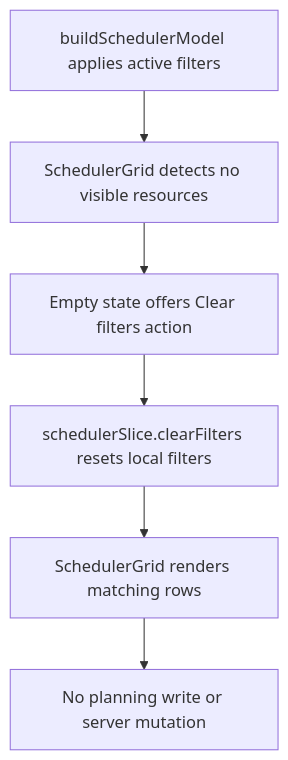
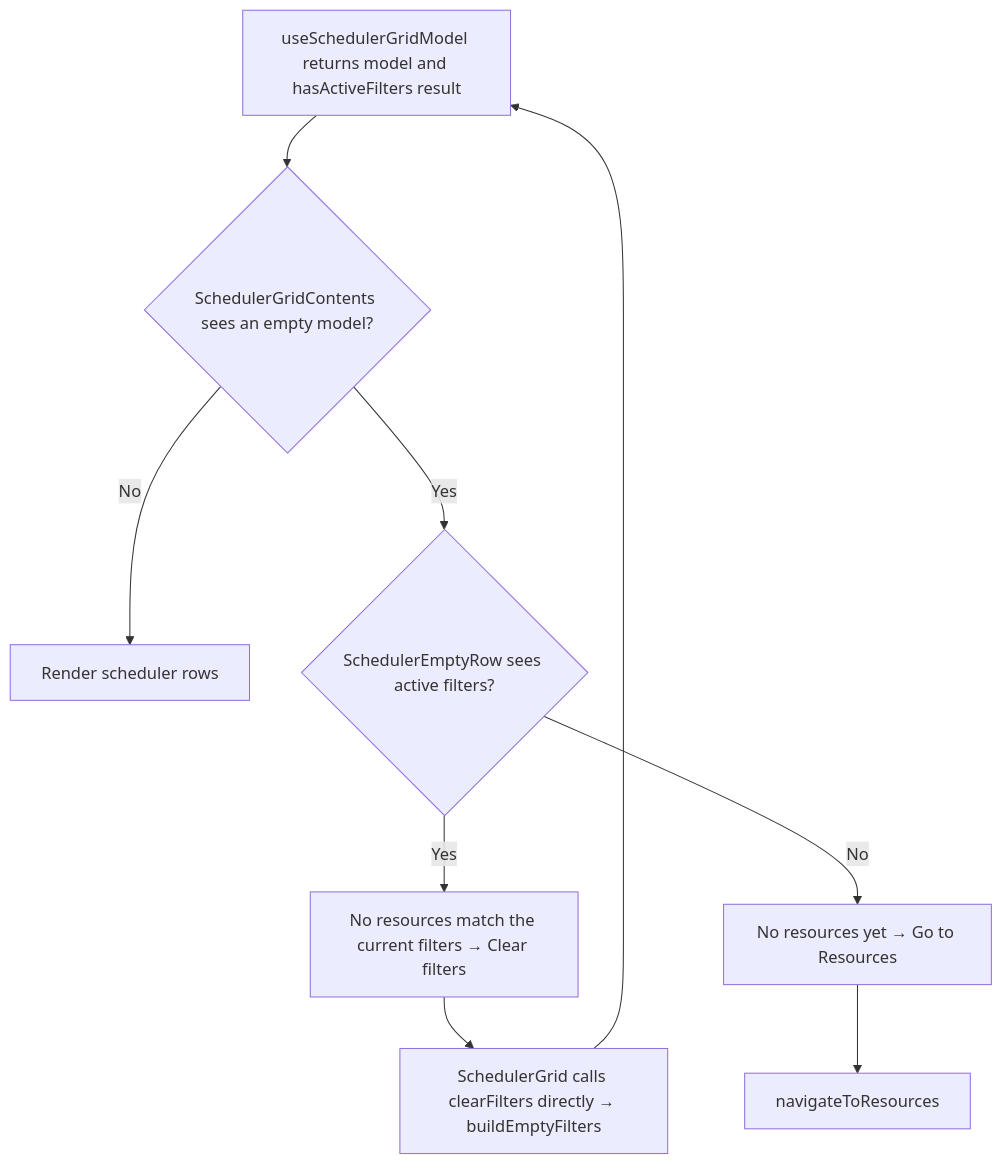
Before and after one commit to Kevinjohn/capacitylens: the second of 2 diagrams in user-stories/filters/US-FIL-07-empty-state.md, drawn with Mermaid. The commit also changed other lines of this file and 172 other files, not shown here.

Commit message:
docs: reconcile user story code flows with source

````diff
--- a/user-stories/filters/US-FIL-07-empty-state.md
+++ b/user-stories/filters/US-FIL-07-empty-state.md
@@ -33,8 +33,11 @@
 ```mermaid
 flowchart TD
-  A["buildSchedulerModel applies active filters"] --> B["SchedulerGrid detects no visible resources"]
-  B --> C["Empty state offers Clear filters action"]
-  C --> D["schedulerSlice.clearFilters resets local filters"]
-  D --> E["SchedulerGrid renders matching rows"]
-  E --> F["No planning write or server mutation"]
+  GRID["useSchedulerGridModel returns model and hasActiveFilters result"] --> EMPTY{"SchedulerGridContents sees an empty model?"}
+  EMPTY -->|No| ROWS["Render scheduler rows"]
+  EMPTY -->|Yes| ACTIVE{"SchedulerEmptyRow sees active filters?"}
+  ACTIVE -->|Yes| CLEAR["No resources match the current filters → Clear filters"]
+  CLEAR --> STORE["SchedulerGrid calls clearFilters directly → buildEmptyFilters"]
+  STORE --> GRID
+  ACTIVE -->|No| RESOURCES["No resources yet → Go to Resources"]
+  RESOURCES --> NAV["navigateToResources"]
 ```
````
